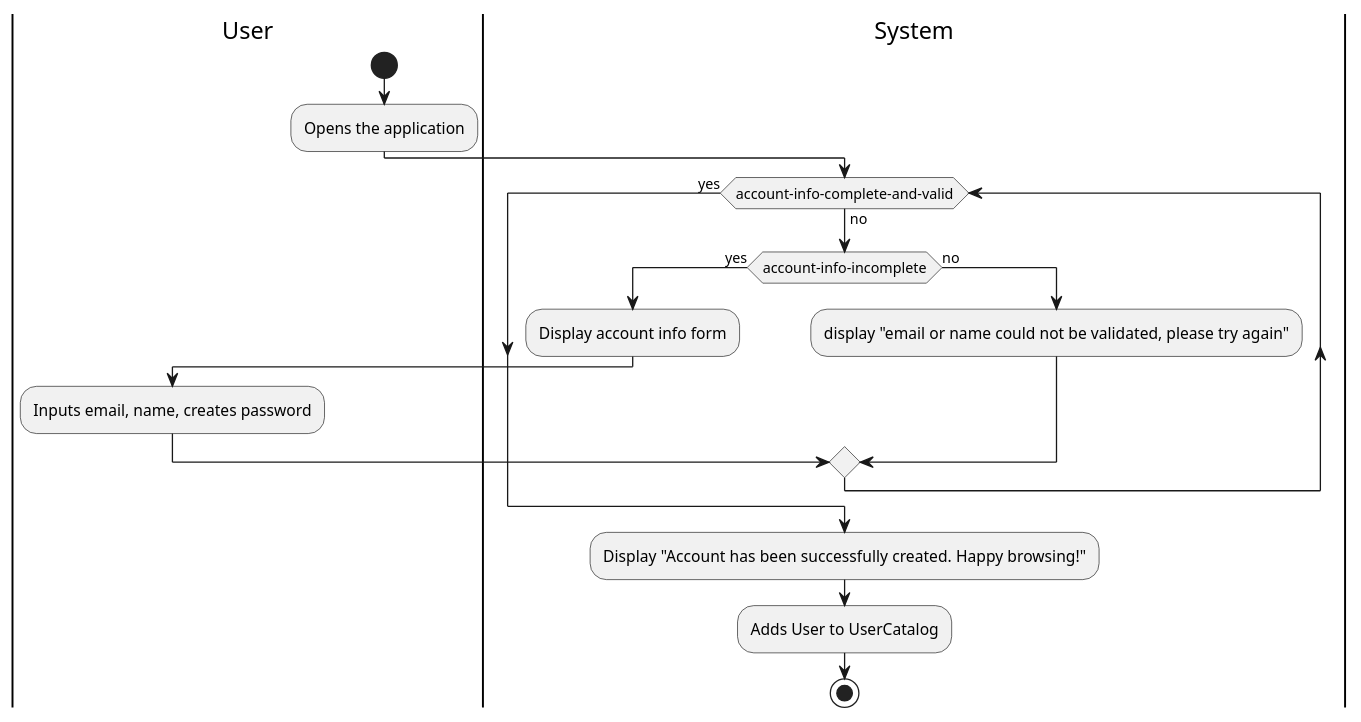
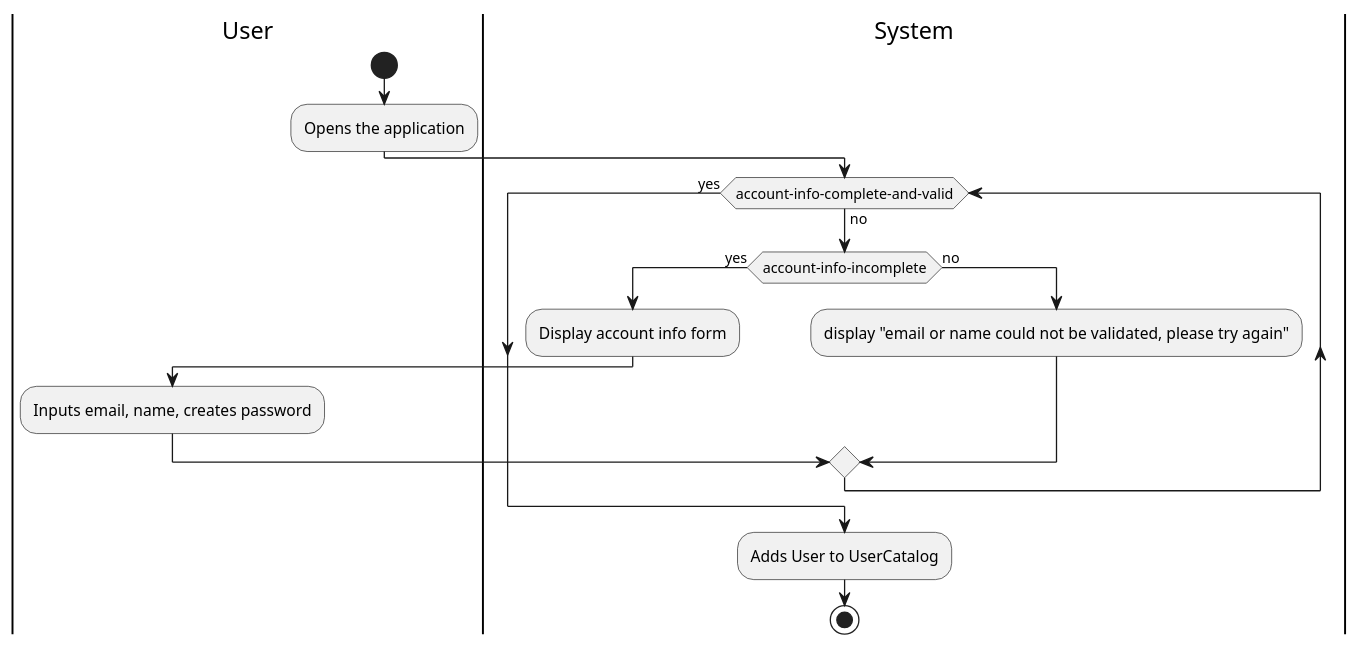
The diagram in IntelliJ/Doc/use-cases/make-account.md (remyben-creator/Marketplace-Application), drawn with PlantUML before and after one commit. The commit also changed 15 other files, not shown here.

````diff
--- a/IntelliJ/Doc/use-cases/make-account.md
+++ b/IntelliJ/Doc/use-cases/make-account.md
@@ -13,21 +13,20 @@
 ```plantuml
 |User|
 start
 :Opens the application;
 |System|
 while (account-info-complete-and-valid) is (no)
 if (account-info-incomplete) then (yes)
 :Display account info form;
 |User|
 :Inputs email, name, creates password;
 |System|
 else(no)
 :display "email or name could not be validated, please try again";
 endif 
 endwhile(yes)
 |System|
-:Display "Account has been successfully created. Happy browsing!";
 :Adds User to UserCatalog;
 Stop
 @enduml
 ```
````
